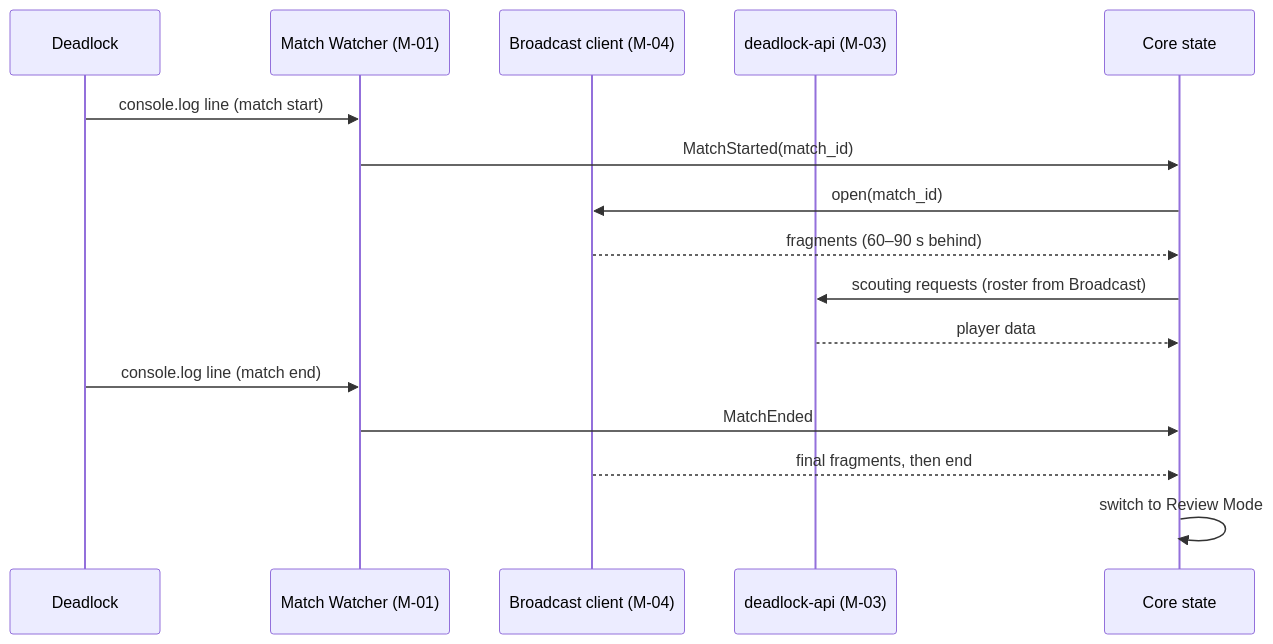
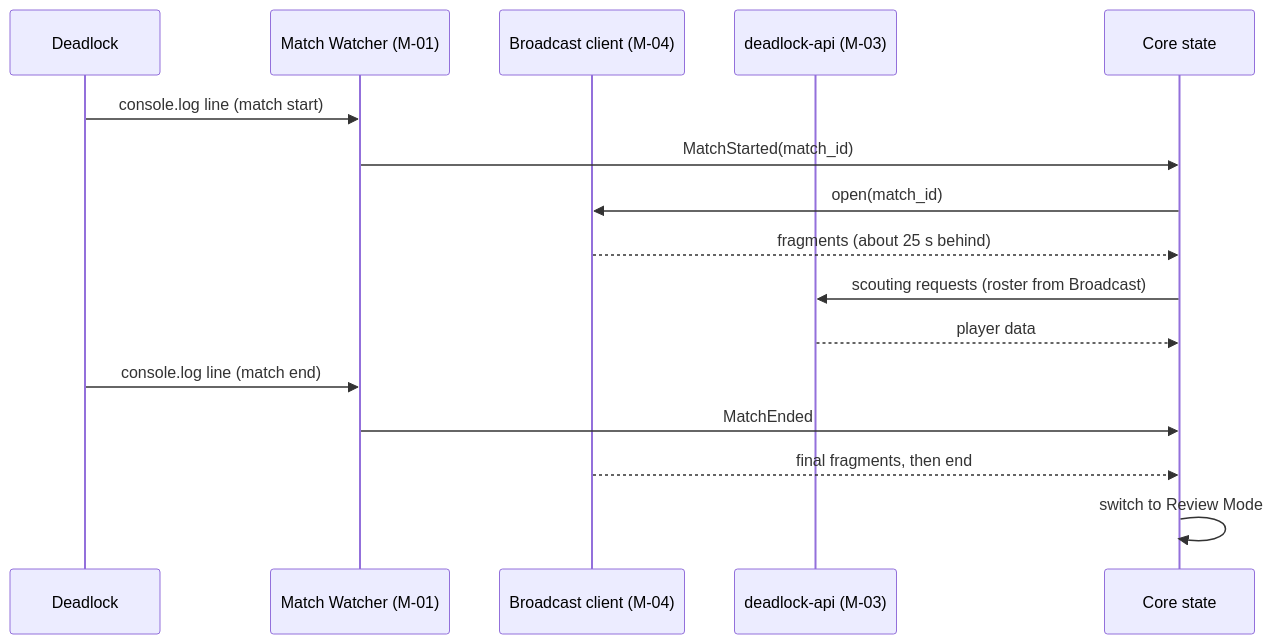
One commit to HatchBear/Stalemate changed the diagram in 04-data-sources-and-ingestion.md. Above: the diagram before and after it, drawn with Mermaid. The commit also changed other lines of this file and 187 other files, not shown here.

````diff
--- a/04-data-sources-and-ingestion.md
+++ b/04-data-sources-and-ingestion.md
@@ -133,18 +134,18 @@
 ```mermaid
 sequenceDiagram
     participant Game as Deadlock
     participant MW as Match Watcher (M-01)
     participant BC as Broadcast client (M-04)
     participant API as deadlock-api (M-03)
     participant Core as Core state
     Game->>MW: console.log line (match start)
     MW->>Core: MatchStarted(match_id)
     Core->>BC: open(match_id)
-    BC-->>Core: fragments (60–90 s behind)
+    BC-->>Core: fragments (about 25 s behind)
     Core->>API: scouting requests (roster from Broadcast)
     API-->>Core: player data
     Game->>MW: console.log line (match end)
     MW->>Core: MatchEnded
     BC-->>Core: final fragments, then end
     Core->>Core: switch to Review Mode
 ```
````
